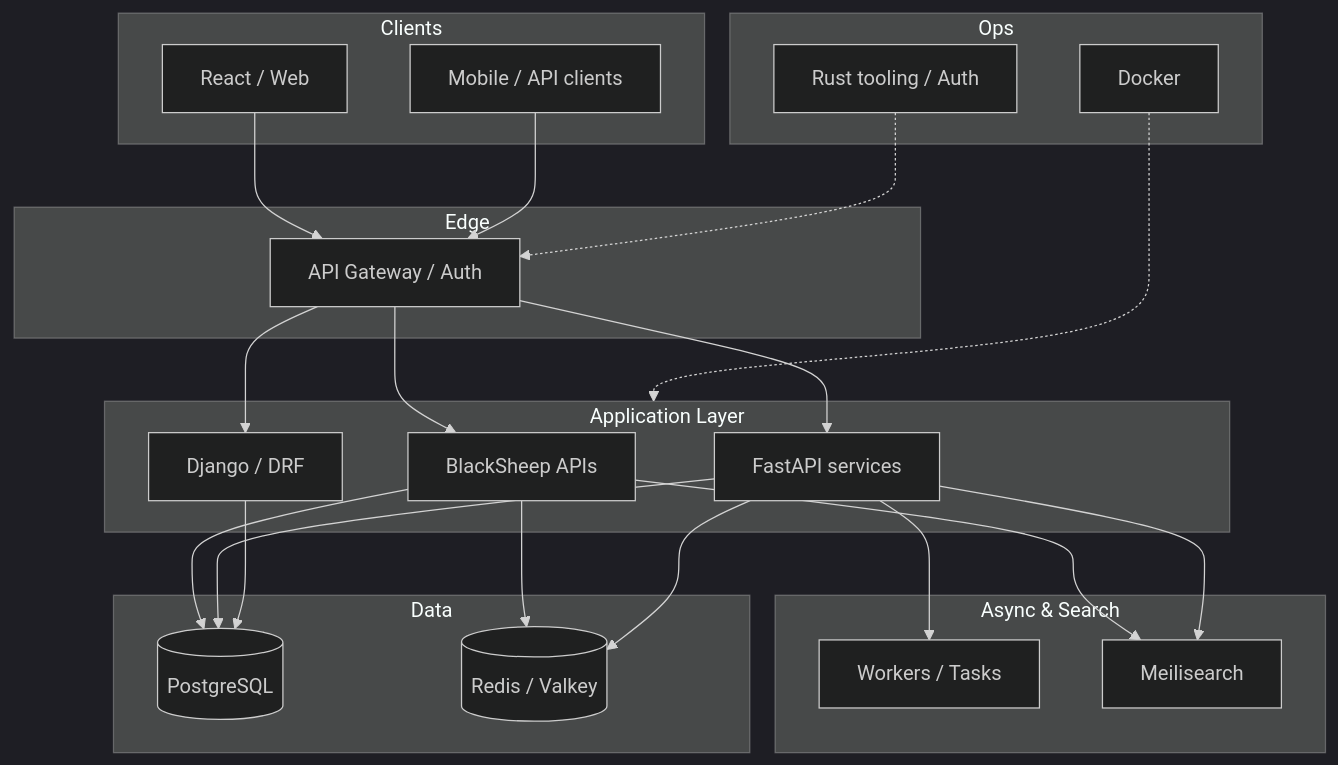
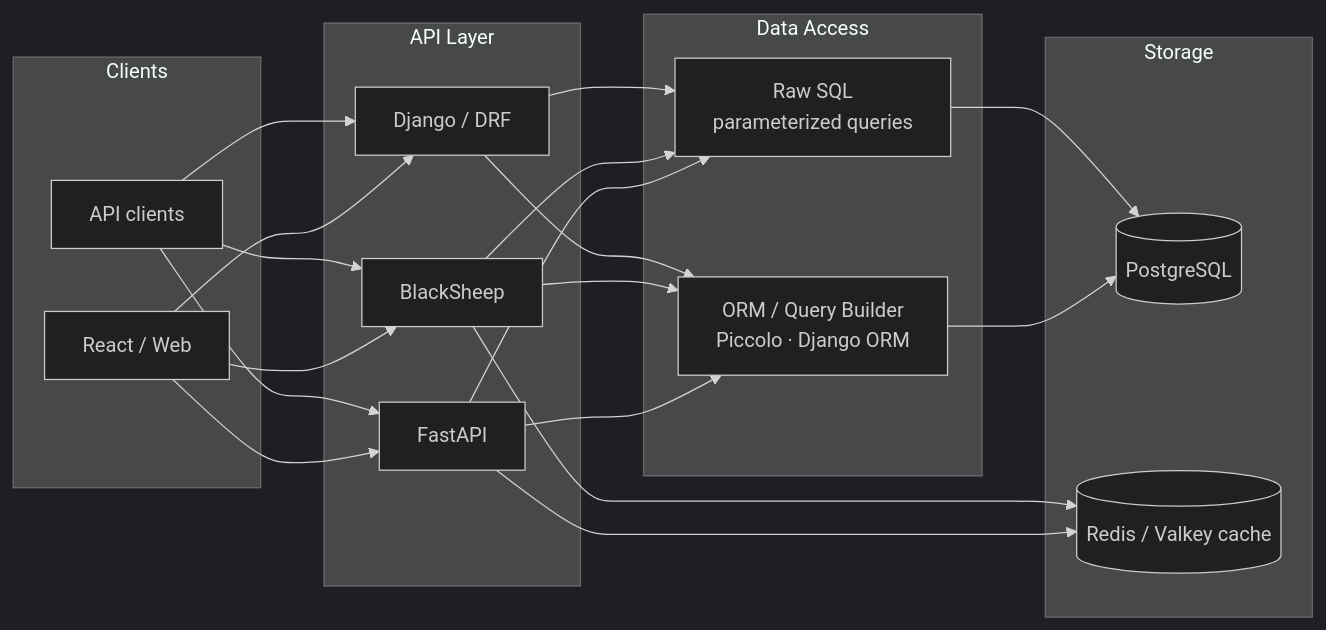
The diagram in README.md (UddinNahim/UddinNahim), drawn with Mermaid (dark theme) before and after one commit. The commit also changed other lines of this file, not shown here.

Commit message:
Restore banner and show API-to-SQL system design
Highlight ORM and raw SQL paths next to FastAPI, BlackSheep, and Django APIs.

````diff
--- a/README.md
+++ b/README.md
@@ -39,42 +43,31 @@
 ```mermaid
-flowchart TB
+flowchart LR
   subgraph Clients
     WEB[React / Web]
-    API_CLIENT[Mobile / API clients]
+    APP[API clients]
   end
 
-  subgraph Edge
-    GW[API Gateway / Auth]
-  end
-
-  subgraph App["Application Layer"]
-    BS[BlackSheep APIs]
-    FA[FastAPI services]
+  subgraph APIs["API Layer"]
+    FA[FastAPI]
+    BS[BlackSheep]
     DJ[Django / DRF]
   end
 
-  subgraph Async["Async & Search"]
-    QUEUE[Workers / Tasks]
-    SEARCH[Meilisearch]
+  subgraph Query["Data Access"]
+    ORM[ORM / Query Builder<br/>Piccolo · Django ORM]
+    RAW[Raw SQL<br/>parameterized queries]
   end
 
-  subgraph Data
+  subgraph Store["Storage"]
     PG[(PostgreSQL)]
-    REDIS[(Redis / Valkey)]
+    REDIS[(Redis / Valkey cache)]
   end
 
-  subgraph Ops
-    DOCKER[Docker]
-    RUST[Rust tooling / Auth]
-  end
-
-  WEB --> GW
-  API_CLIENT --> GW
-  GW --> BS & FA & DJ
-  BS & FA & DJ --> PG
-  BS & FA --> REDIS
-  FA --> QUEUE
-  BS & FA --> SEARCH
-  DOCKER -.-> App
-  RUST -.-> GW
+  WEB --> FA & BS & DJ
+  APP --> FA & BS & DJ
+  FA & BS & DJ --> ORM
+  FA & BS & DJ --> RAW
+  ORM --> PG
+  RAW --> PG
+  FA & BS --> REDIS
 ```
````
